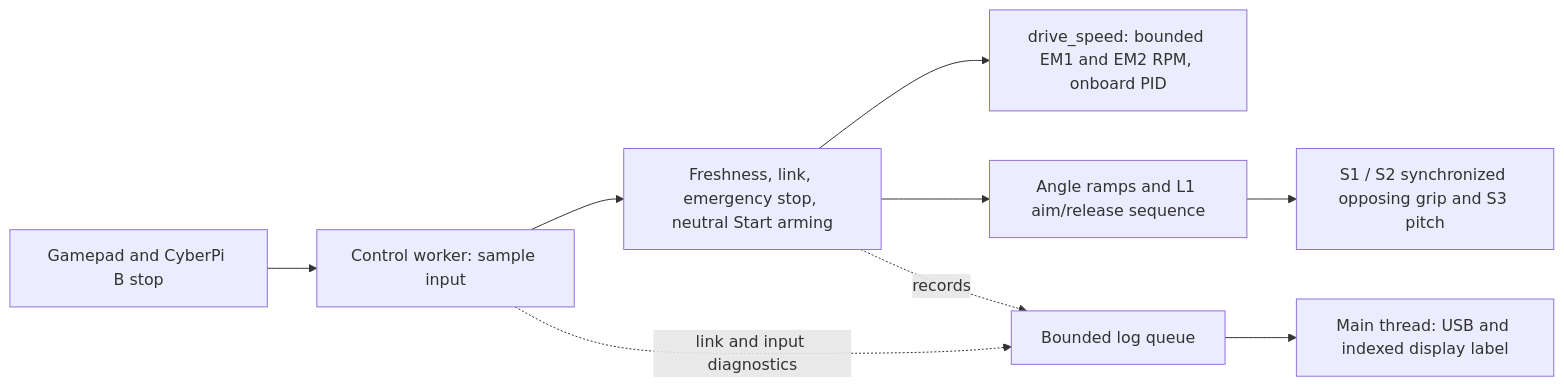
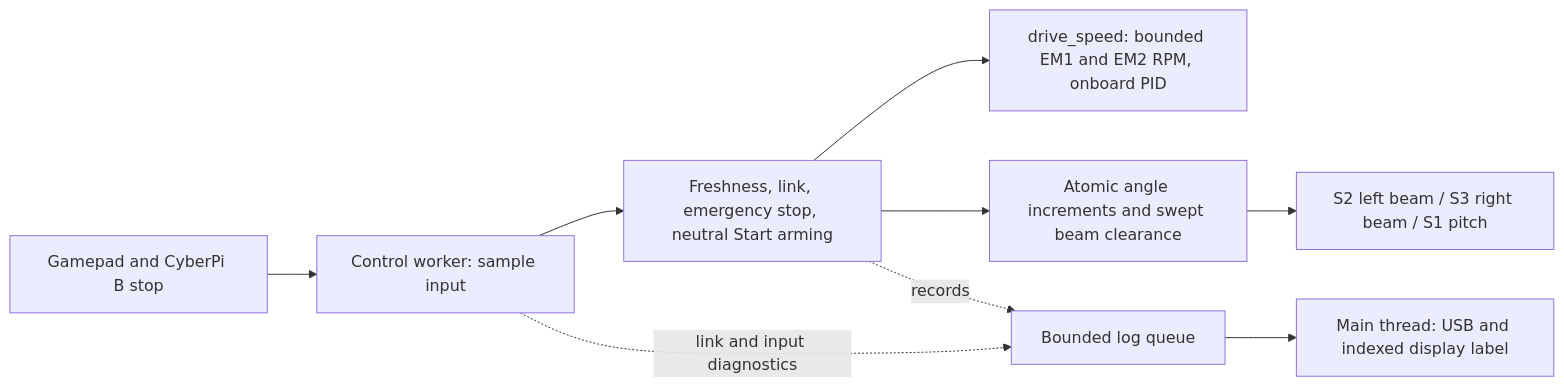
One commit to sisit135/CPRobot changed the first of 2 diagrams in docs/fw_adr_architecture.md. Above: the diagram before and after it, drawn with Mermaid. The commit also changed other lines of this file and 4 other files, not shown here.

````diff
--- a/docs/fw_adr_architecture.md
+++ b/docs/fw_adr_architecture.md
@@ -46,11 +59,11 @@
 ```mermaid
 flowchart LR
   pad[Gamepad and CyberPi B stop] --> sample[Control worker: sample input]
   sample --> gates[Freshness, link, emergency stop, neutral Start arming]
   gates --> wheels[drive_speed: bounded EM1 and EM2 RPM, onboard PID]
-  gates --> manip[Angle ramps and L1 aim/release sequence]
-  manip --> servos[S1 / S2 synchronized opposing grip and S3 pitch]
+  gates --> manip[Atomic angle increments and swept beam clearance]
+  manip --> servos[S2 left beam / S3 right beam / S1 pitch]
   gates -. records .-> log[Bounded log queue]
   sample -. link and input diagnostics .-> log
   log --> main[Main thread: USB and indexed display label]
 ```
````
